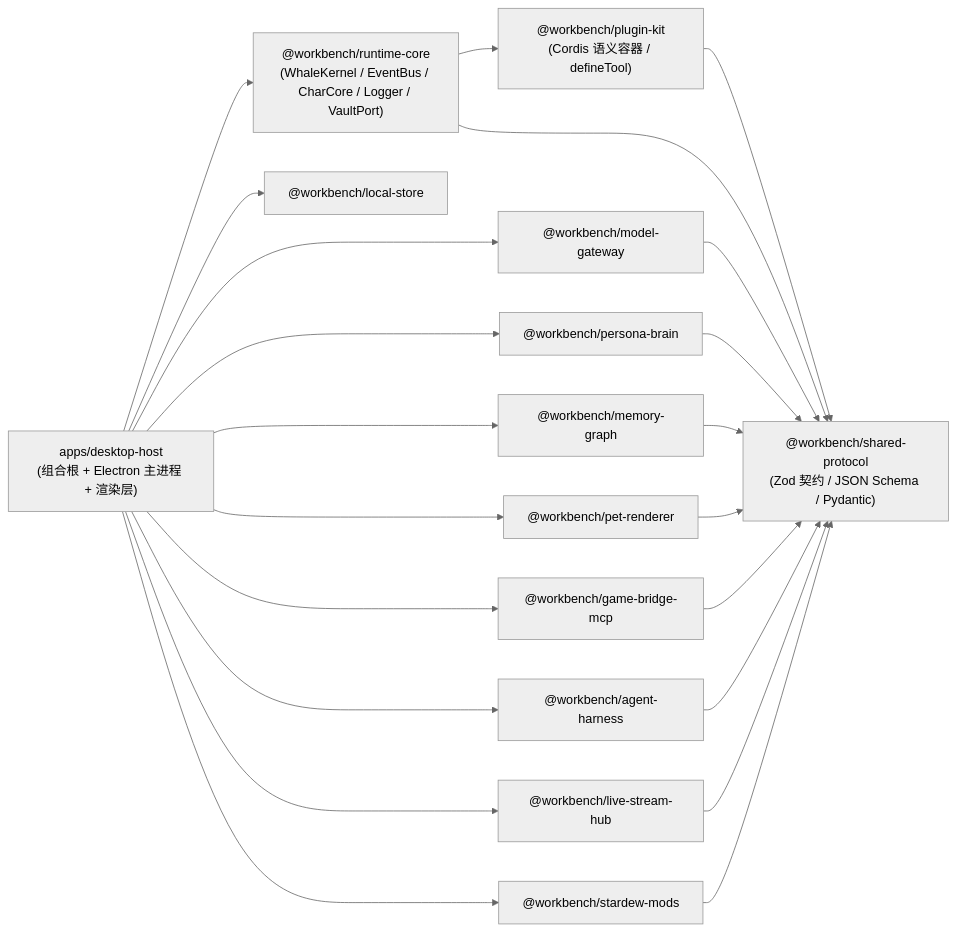
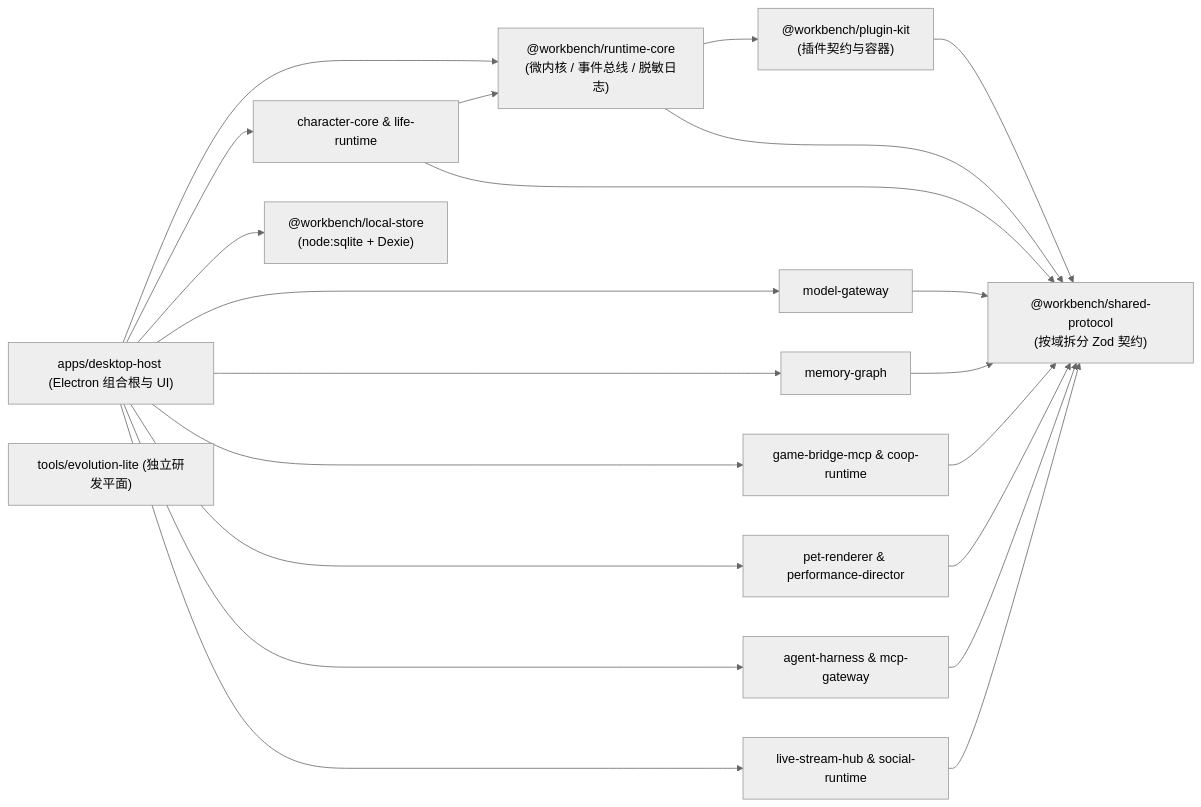
The second of 4 diagrams in docs/v2/ARCHITECTURE.md (jiaiqi/whale-isle), drawn with Mermaid (neutral theme) before and after one commit. The commit also changed other lines of this file and 5 other files, not shown here.

Commit message:
docs(v2): 完成 V2 需求追踪矩阵、架构修订、ADR-002、P0-P5 路线图与开发宪章同步 (V2-P0-04)

````diff
--- a/docs/v2/ARCHITECTURE.md
+++ b/docs/v2/ARCHITECTURE.md
@@ -70,42 +54,39 @@
 ```mermaid
 flowchart LR
-  SP["@workbench/shared-protocol<br/>(Zod 契约 / JSON Schema / Pydantic)"]
-  PK["@workbench/plugin-kit<br/>(Cordis 语义容器 / defineTool)"]
-  RC["@workbench/runtime-core<br/>(WhaleKernel / EventBus / CharCore / Logger / VaultPort)"]
+  SP["@workbench/shared-protocol<br/>(按域拆分 Zod 契约)"]
+  PK["@workbench/plugin-kit<br/>(插件契约与容器)"]
+  RC["@workbench/runtime-core<br/>(微内核 / 事件总线 / 脱敏日志)"]
+  LS["@workbench/local-store<br/>(node:sqlite + Dexie)"]
 
-  MG["@workbench/model-gateway"]
-  PB["@workbench/persona-brain"]
-  MEM["@workbench/memory-graph"]
-  LS["@workbench/local-store"]
-  PR["@workbench/pet-renderer"]
-  GB["@workbench/game-bridge-mcp"]
-  AH["@workbench/agent-harness"]
-  LSH["@workbench/live-stream-hub"]
-  SM["@workbench/stardew-mods"]
+  CC["character-core & life-runtime"]
+  MG["model-gateway"]
+  MEM["memory-graph"]
+  GB["game-bridge-mcp & coop-runtime"]
+  PERF["pet-renderer & performance-director"]
+  EXT["agent-harness & mcp-gateway"]
+  LIVE["live-stream-hub & social-runtime"]
 
-  HOST["apps/desktop-host<br/>(组合根 + Electron 主进程 + 渲染层)"]
+  HOST["apps/desktop-host (Electron 组合根与 UI)"]
+  EVO["tools/evolution-lite (独立研发平面)"]
 
   PK --> SP
   RC --> PK
   RC --> SP
-
+  CC --> RC
+  CC --> SP
   MG --> SP
-  PB --> SP
   MEM --> SP
-  PR --> SP
   GB --> SP
-  AH --> SP
-  LSH --> SP
-  SM --> SP
-
+  PERF --> SP
+  EXT --> SP
+  LIVE --> SP
   HOST --> RC
+  HOST --> CC
+  HOST --> LS
   HOST --> MG
-  HOST --> PB
   HOST --> MEM
-  HOST --> LS
-  HOST --> PR
   HOST --> GB
-  HOST --> AH
-  HOST --> LSH
-  HOST --> SM
+  HOST --> PERF
+  HOST --> EXT
+  HOST --> LIVE
 ```
````
